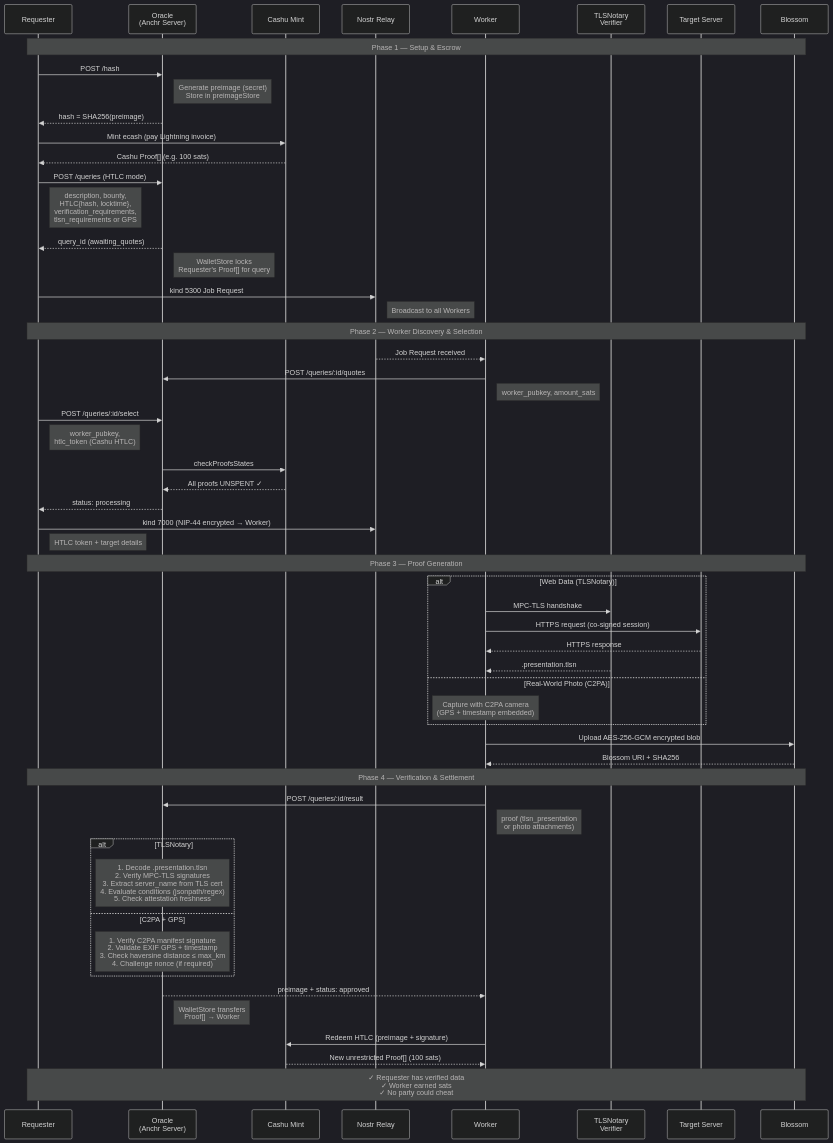
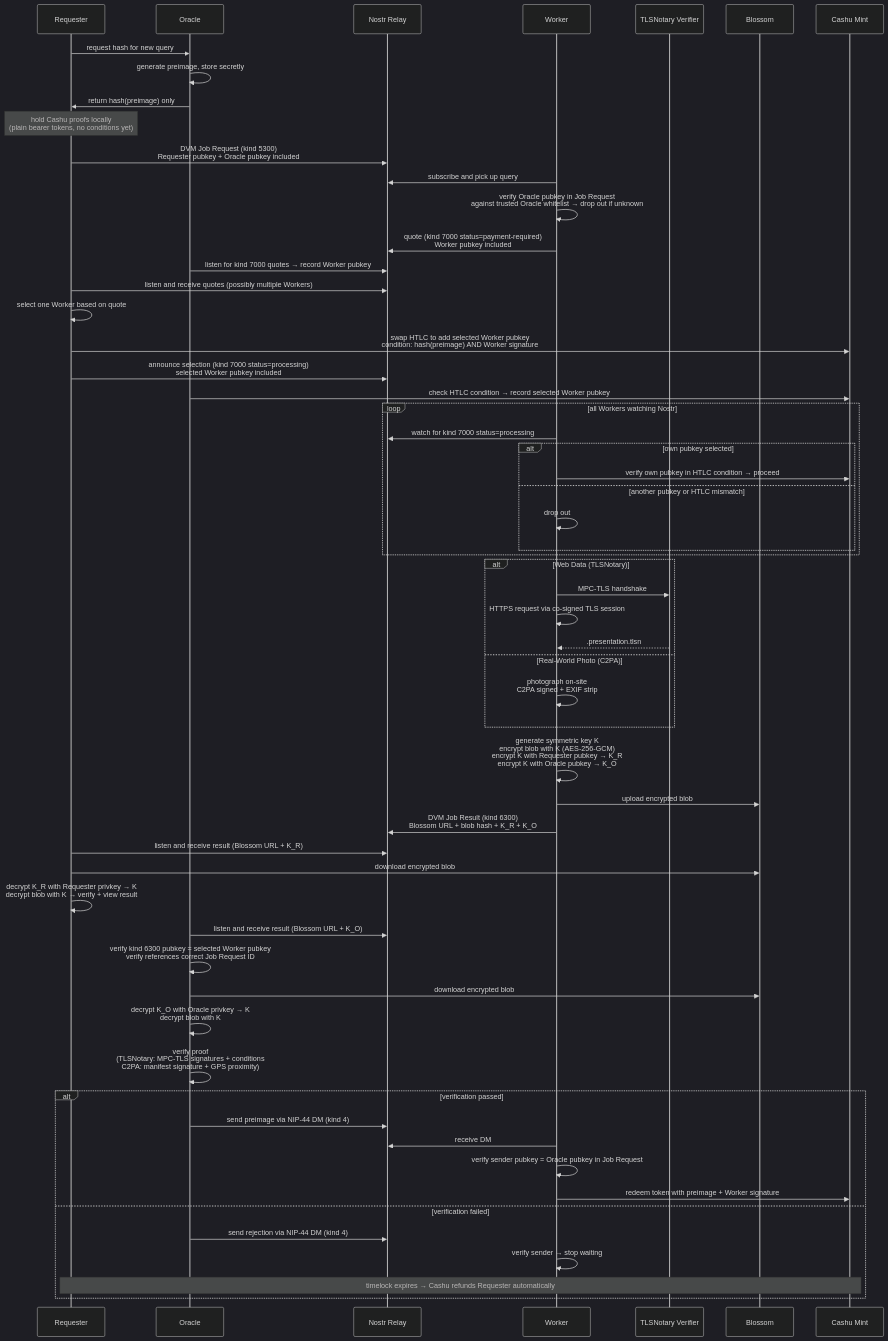
One commit to motxx/anchr changed the diagram in README.md. Above: the diagram before and after it, drawn with Mermaid (dark theme).

Commit message:
docs: unify protocol sequence diagram — merge TLSNotary path with Nostr-native flow
Replaces HTTP-centric diagram with unified version that integrates TLSNotary
verification while preserving Worker trust verification, E2E encryption detail,
and NIP-44 DM preimage delivery from the original protocol design.

````diff
--- a/README.md
+++ b/README.md
@@ -33,76 +33,69 @@
 ```mermaid
 sequenceDiagram
     participant R as Requester
-    participant O as Oracle<br/>(Anchr Server)
-    participant M as Cashu Mint
+    participant O as Oracle
     participant N as Nostr Relay
     participant W as Worker
-    participant V as TLSNotary<br/>Verifier
-    participant T as Target Server
+    participant V as TLSNotary Verifier
     participant B as Blossom
+    participant M as Cashu Mint
 
-    Note over R,B: Phase 1 — Setup & Escrow
+    R->>O: request hash for new query
+    O->>O: generate preimage, store secretly
+    O->>R: return hash(preimage) only
 
-    R->>O: POST /hash
-    Note right of O: Generate preimage (secret)<br/>Store in preimageStore
-    O-->>R: hash = SHA256(preimage)
+    Note over R: hold Cashu proofs locally<br/>(plain bearer tokens, no conditions yet)
+    R->>N: DVM Job Request (kind 5300)<br/>Requester pubkey + Oracle pubkey included
 
-    R->>M: Mint ecash (pay Lightning invoice)
-    M-->>R: Cashu Proof[] (e.g. 100 sats)
+    W->>N: subscribe and pick up query
+    W->>W: verify Oracle pubkey in Job Request<br/>against trusted Oracle whitelist → drop out if unknown
+    W->>N: quote (kind 7000 status=payment-required)<br/>Worker pubkey included
+    O->>N: listen for kind 7000 quotes → record Worker pubkey
 
-    R->>O: POST /queries (HTLC mode)
-    Note right of R: description, bounty,<br/>HTLC{hash, locktime},<br/>verification_requirements,<br/>tlsn_requirements or GPS
-    O-->>R: query_id (awaiting_quotes)
-    Note right of O: WalletStore locks<br/>Requester's Proof[] for query
+    R->>N: listen and receive quotes (possibly multiple Workers)
+    R->>R: select one Worker based on quote
+    R->>M: swap HTLC to add selected Worker pubkey<br/>condition: hash(preimage) AND Worker signature
+    R->>N: announce selection (kind 7000 status=processing)<br/>selected Worker pubkey included
+    O->>M: check HTLC condition → record selected Worker pubkey
 
-    R->>N: kind 5300 Job Request
-    Note right of N: Broadcast to all Workers
-
-    Note over R,B: Phase 2 — Worker Discovery & Selection
-
-    N-->>W: Job Request received
-    W->>O: POST /queries/:id/quotes
-    Note right of W: worker_pubkey, amount_sats
-
-    R->>O: POST /queries/:id/select
-    Note right of R: worker_pubkey,<br/>htlc_token (Cashu HTLC)
-    O->>M: checkProofsStates
-    M-->>O: All proofs UNSPENT ✓
-    O-->>R: status: processing
-
-    R->>N: kind 7000 (NIP-44 encrypted → Worker)
-    Note right of R: HTLC token + target details
-
-    Note over R,B: Phase 3 — Proof Generation
+    loop all Workers watching Nostr
+        W->>N: watch for kind 7000 status=processing
+        alt own pubkey selected
+            W->>M: verify own pubkey in HTLC condition → proceed
+        else another pubkey or HTLC mismatch
+            W->>W: drop out
+        end
+    end
 
     alt Web Data (TLSNotary)
         W->>V: MPC-TLS handshake
-        W->>T: HTTPS request (co-signed session)
-        T-->>W: HTTPS response
+        W->>W: HTTPS request via co-signed TLS session
         V-->>W: .presentation.tlsn
     else Real-World Photo (C2PA)
-        Note over W: Capture with C2PA camera<br/>(GPS + timestamp embedded)
+        W->>W: photograph on-site<br/>C2PA signed + EXIF strip
     end
 
-    W->>B: Upload AES-256-GCM encrypted blob
-    B-->>W: Blossom URI + SHA256
+    W->>W: generate symmetric key K<br/>encrypt blob with K (AES-256-GCM)<br/>encrypt K with Requester pubkey → K_R<br/>encrypt K with Oracle pubkey → K_O
+    W->>B: upload encrypted blob
+    W->>N: DVM Job Result (kind 6300)<br/>Blossom URL + blob hash + K_R + K_O
 
-    Note over R,B: Phase 4 — Verification & Settlement
+    R->>N: listen and receive result (Blossom URL + K_R)
+    R->>B: download encrypted blob
+    R->>R: decrypt K_R with Requester privkey → K<br/>decrypt blob with K → verify + view result
 
-    W->>O: POST /queries/:id/result
-    Note right of W: proof (tlsn_presentation<br/>or photo attachments)
-
-    alt TLSNotary
-        Note over O: 1. Decode .presentation.tlsn<br/>2. Verify MPC-TLS signatures<br/>3. Extract server_name from TLS cert<br/>4. Evaluate conditions (jsonpath/regex)<br/>5. Check attestation freshness
-    else C2PA + GPS
-        Note over O: 1. Verify C2PA manifest signature<br/>2. Validate EXIF GPS + timestamp<br/>3. Check haversine distance ≤ max_km<br/>4. Challenge nonce (if required)
+    O->>N: listen and receive result (Blossom URL + K_O)
+    O->>O: verify kind 6300 pubkey = selected Worker pubkey<br/>verify references correct Job Request ID
+    O->>B: download encrypted blob
+    O->>O: decrypt K_O with Oracle privkey → K<br/>decrypt blob with K
+    O->>O: verify proof<br/>(TLSNotary: MPC-TLS signatures + conditions<br/>C2PA: manifest signature + GPS proximity)
+    alt verification passed
+        O->>N: send preimage via NIP-44 DM (kind 4)
+        W->>N: receive DM
+        W->>W: verify sender pubkey = Oracle pubkey in Job Request
+        W->>M: redeem token with preimage + Worker signature
+    else verification failed
+        O->>N: send rejection via NIP-44 DM (kind 4)
+        W->>W: verify sender → stop waiting
+        Note over M,R: timelock expires → Cashu refunds Requester automatically
     end
-
-    O-->>W: preimage + status: approved
-    Note right of O: WalletStore transfers<br/>Proof[] → Worker
-
-    W->>M: Redeem HTLC (preimage + signature)
-    M-->>W: New unrestricted Proof[] (100 sats)
-
-    Note over R,B: ✓ Requester has verified data<br/>✓ Worker earned sats<br/>✓ No party could cheat
 ```
````
